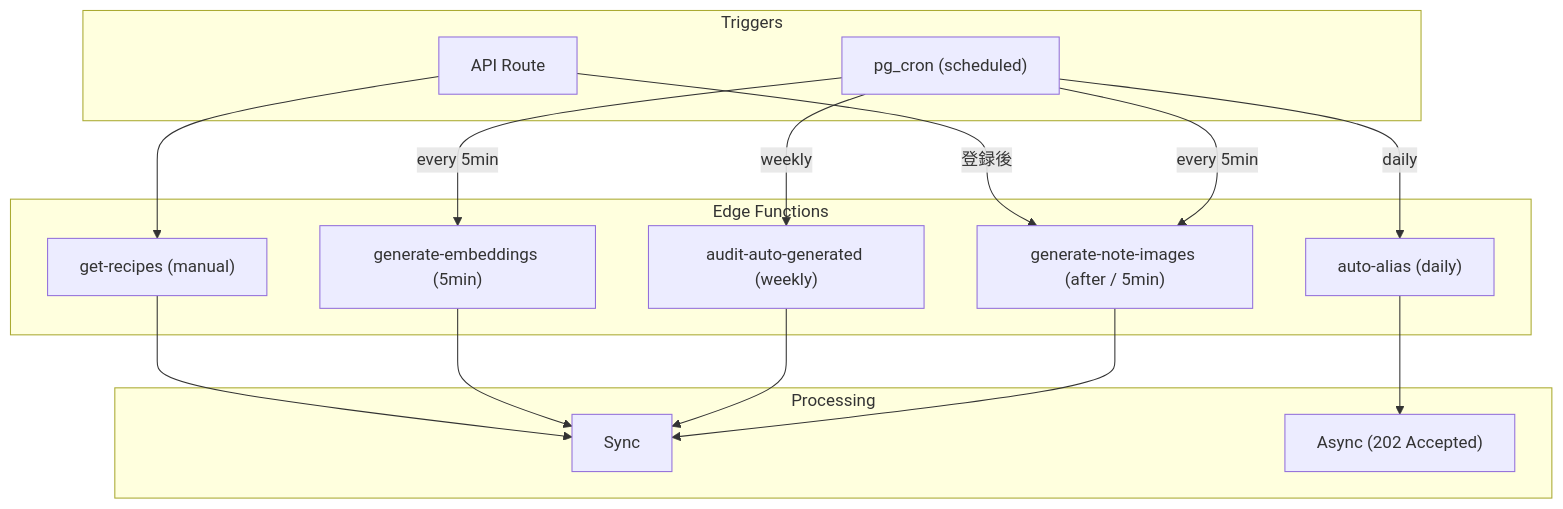
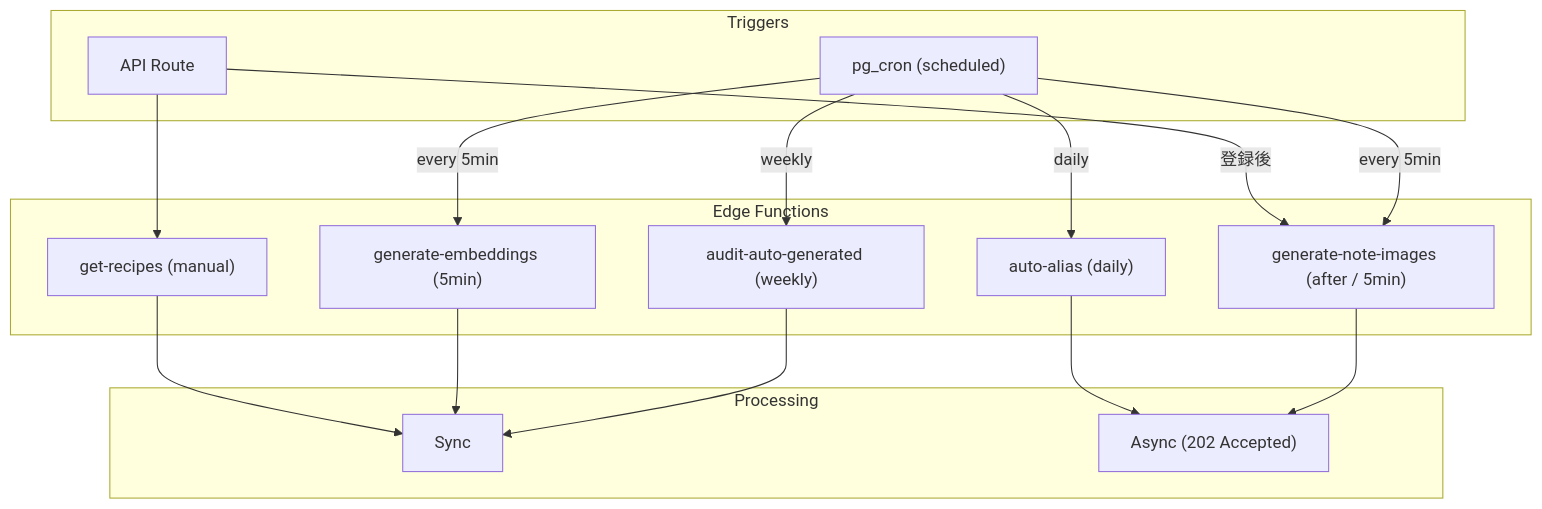
One commit to mktu/recipe-app changed the second of 13 diagrams in docs/ARCHITECTURE.md. Above: the diagram before and after it, drawn with Mermaid. The commit also changed other lines of this file and 7 other files, not shown here.

````diff
--- a/docs/ARCHITECTURE.md
+++ b/docs/ARCHITECTURE.md
@@ -271,33 +271,33 @@
 ```mermaid
 graph TB
     subgraph Triggers["Triggers"]
         API["API Route"]
         Cron["pg_cron (scheduled)"]
     end
 
     subgraph Functions["Edge Functions"]
         GetRecipes["get-recipes (manual)"]
         GenEmbed["generate-embeddings (5min)"]
         AutoAlias["auto-alias (daily)"]
         Audit["audit-auto-generated (weekly)"]
         GenImage["generate-note-images (after / 5min)"]
     end
 
     subgraph Processing["Processing"]
         Sync["Sync"]
         Async["Async (202 Accepted)"]
     end
 
     API --> GetRecipes
     Cron -->|every 5min| GenEmbed
     Cron -->|daily| AutoAlias
     Cron -->|weekly| Audit
     API -->|登録後| GenImage
     Cron -->|every 5min| GenImage
 
     GetRecipes --> Sync
     GenEmbed --> Sync
     AutoAlias --> Async
     Audit --> Sync
-    GenImage --> Sync
+    GenImage --> Async
 ```
````
